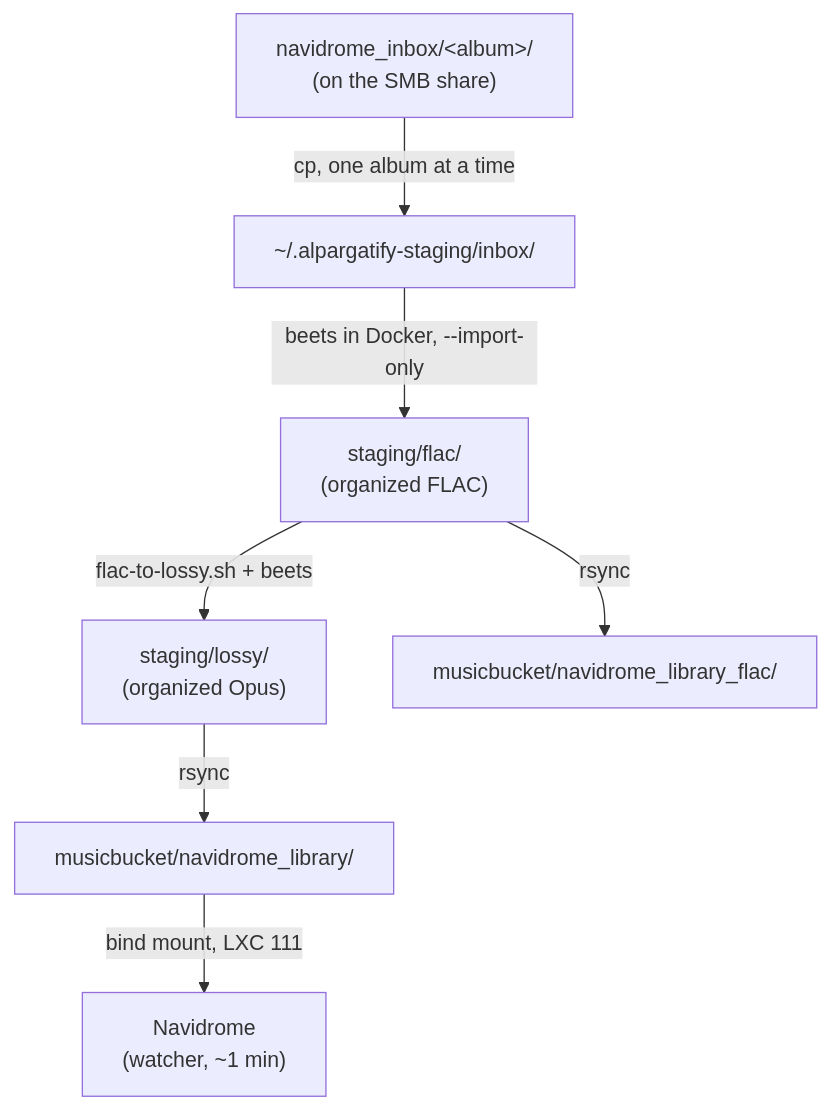
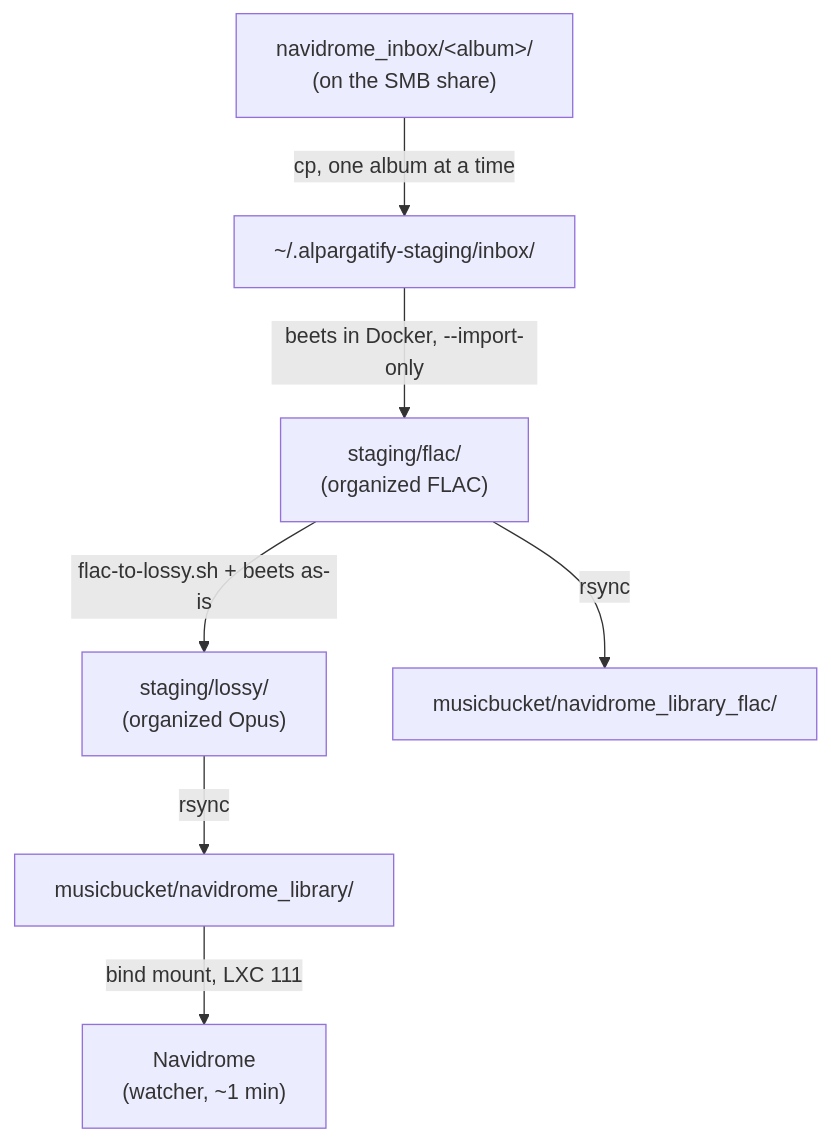
Before and after one commit to paurieraf/alpargatify: the diagram in library-organizer/docs/sync-lossless.md, drawn with Mermaid. The commit also changed other lines of this file and 2 other files, not shown here.

Commit message:
docs(library-organizer): as-is Opus mirror, --lossy-only and the audit

````diff
--- a/library-organizer/docs/sync-lossless.md
+++ b/library-organizer/docs/sync-lossless.md
@@ -7,9 +7,9 @@
 ```mermaid
 flowchart TD
     IN["navidrome_inbox/&lt;album&gt;/<br/>(on the SMB share)"] -->|"cp, one album at a time"| LOC["~/.alpargatify-staging/inbox/"]
     LOC -->|"beets in Docker, --import-only"| FLACSTG["staging/flac/<br/>(organized FLAC)"]
-    FLACSTG -->|"flac-to-lossy.sh + beets"| LOSSYSTG["staging/lossy/<br/>(organized Opus)"]
+    FLACSTG -->|"flac-to-lossy.sh + beets as-is"| LOSSYSTG["staging/lossy/<br/>(organized Opus)"]
     FLACSTG -->|rsync| SMBFLAC["musicbucket/navidrome_library_flac/"]
     LOSSYSTG -->|rsync| SMBLOSSY["musicbucket/navidrome_library/"]
     SMBLOSSY -->|"bind mount, LXC 111"| ND["Navidrome<br/>(watcher, ~1 min)"]
 ```
````
